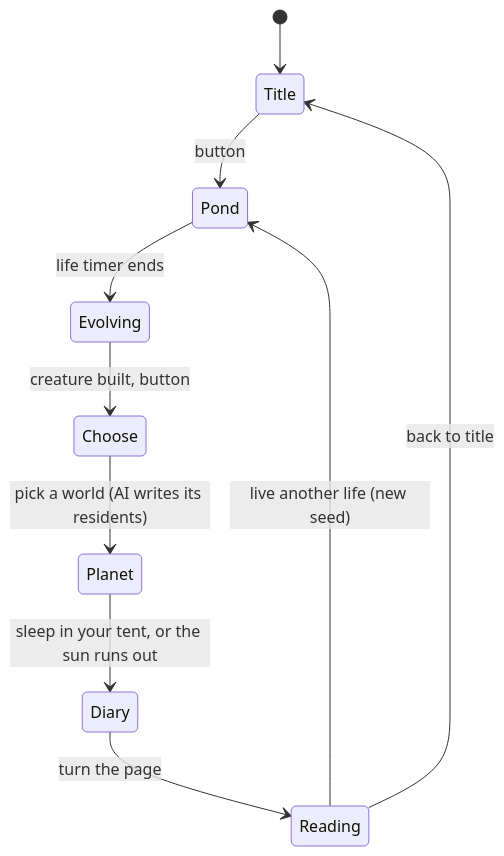
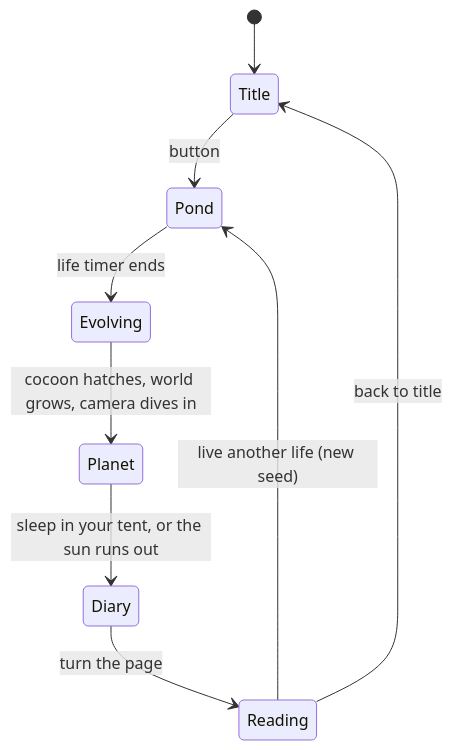
Before and after one commit to mmosle28/evol: the diagram in README.md, drawn with Mermaid. The commit also changed other lines of this file and 12 other files, not shown here.

First line of the commit message:
Evolution is one transition; every life gets its own world

````diff
--- a/README.md
+++ b/README.md
@@ -41,12 +40,11 @@
 ```mermaid
 stateDiagram-v2
     [*] --> Title
     Title --> Pond: button
     Pond --> Evolving: life timer ends
-    Evolving --> Choose: creature built, button
-    Choose --> Planet: pick a world (AI writes its residents)
+    Evolving --> Planet: cocoon hatches, world grows, camera dives in
     Planet --> Diary: sleep in your tent, or the sun runs out
     Diary --> Reading: turn the page
     Reading --> Pond: live another life (new seed)
     Reading --> Title: back to title
 ```
````
